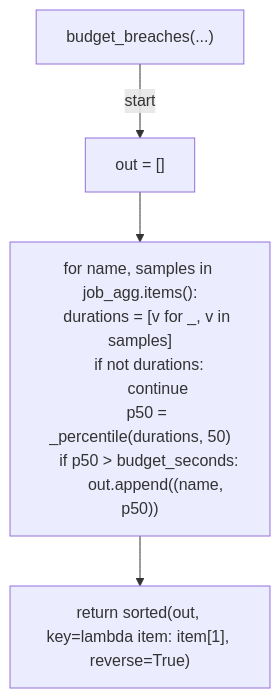
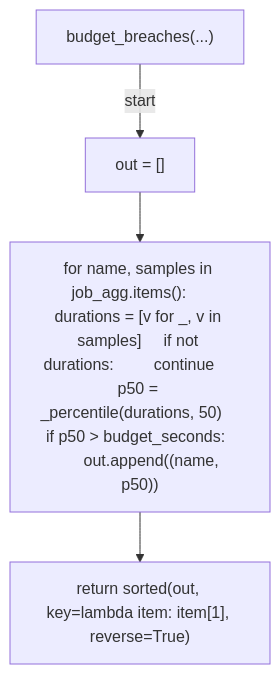
Before and after one commit to tvna/claude-md: diagram 17 of 25 in docs/generated/scripts/ast/analyze_ci_timings.md, drawn with Mermaid. The commit also changed other lines of this file and 20 other files, not shown here.

First line of the commit message:
docs(generated): regenerate decision tree and workflow diagrams (batch 1/5)

````diff
--- a/docs/generated/scripts/ast/analyze_ci_timings.md
+++ b/docs/generated/scripts/ast/analyze_ci_timings.md
@@ -386,16 +299,10 @@
 ```mermaid
 flowchart TD
     N001["budget_breaches(...)"]
     N002["out = []"]
-    N003["for name, samples in job_agg.items():
-    durations = [v for _, v in samples]
-    if not durations:
-        continue
-    p50 = _percentile(durations, 50)
-    if p50 > budget_seconds:
-        out.append((name, p50))"]
+    N003["for name, samples in job_agg.items():     durations = [v for _, v in samples]     if not durations:         continue     p50 = _percentile(durations, 50)     if p50 > budget_seconds:         out.append((name, p50))"]
     N004["return sorted(out, key=lambda item: item[1], reverse=True)"]
     N001 -->|"start"| N002
     N002 --> N003
     N003 --> N004
 ```
````
